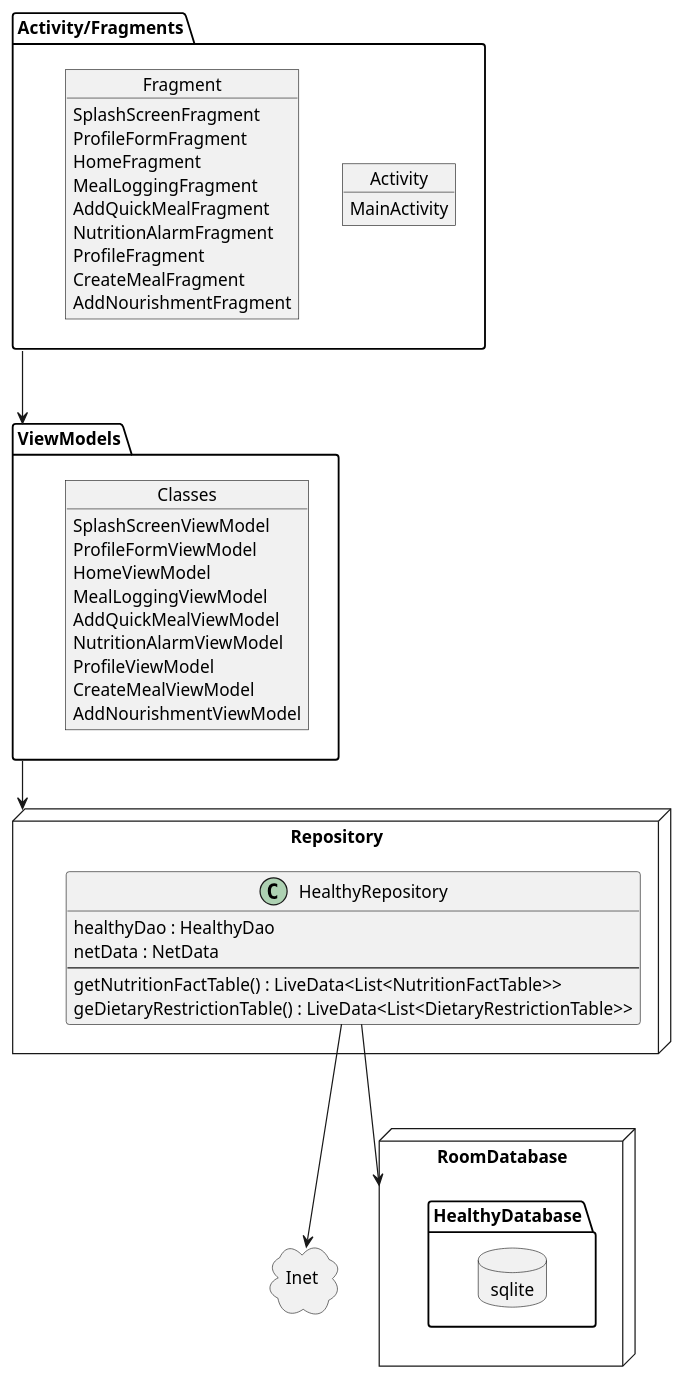
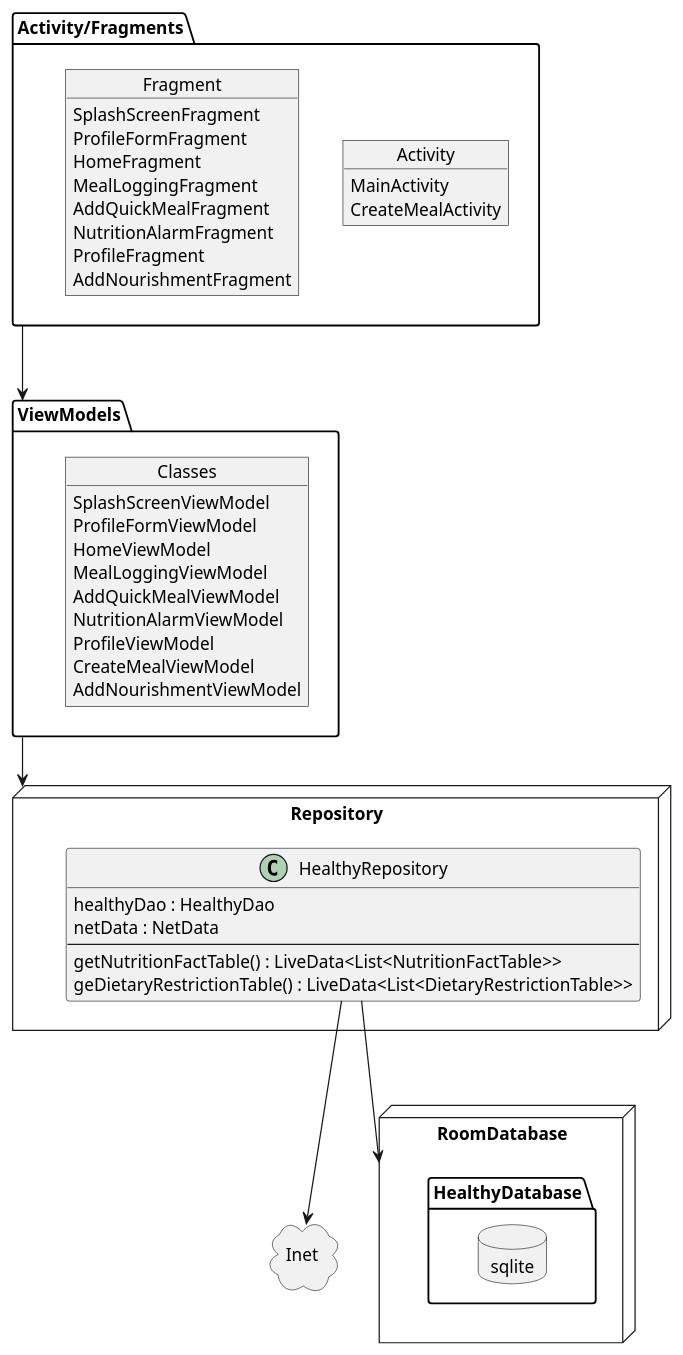
The diagram in app/docs/app_architecture_uml.puml (flotji-potji/healthyRACUN), drawn with PlantUML before and after one commit. The commit also changed 1 other file, not shown here.

Commit message:
updated uml diagrams

```diff
--- a/app/docs/app_architecture_uml.puml
+++ b/app/docs/app_architecture_uml.puml
@@ -1,75 +1,75 @@
 @startuml
 'https://plantuml.com/component-diagram
 
 package "Activity/Fragments" {
 
     object Activity {
         MainActivity
+        CreateMealActivity
     }
 
     object Fragment {
         SplashScreenFragment
         ProfileFormFragment
         HomeFragment
         MealLoggingFragment
         AddQuickMealFragment
         NutritionAlarmFragment
         ProfileFragment
-        CreateMealFragment
         AddNourishmentFragment
     }
 
 }
 
 package "ViewModels" {
 
     object Classes {
         SplashScreenViewModel
         ProfileFormViewModel
         HomeViewModel
         MealLoggingViewModel
         AddQuickMealViewModel
         NutritionAlarmViewModel
         ProfileViewModel
         CreateMealViewModel
         AddNourishmentViewModel
     }
 
 }
 
 node "Repository" {
 
     class HealthyRepository {
         healthyDao : HealthyDao
         netData : NetData
         --
         getNutritionFactTable() : LiveData<List<NutritionFactTable>>
         geDietaryRestrictionTable() : LiveData<List<DietaryRestrictionTable>>
     }
 
 }
 
 node "RoomDatabase" {
 
     package "HealthyDatabase" {
 
         database "sqlite" {
 
         }
 
     }
 
 }
 
 cloud "Inet" {
 
 
 
 }
 
 "Activity/Fragments" ---> "ViewModels"
 "ViewModels" --> "Repository"
 HealthyRepository ---> "RoomDatabase"
 HealthyRepository ---> "Inet"
 
 @enduml
```
